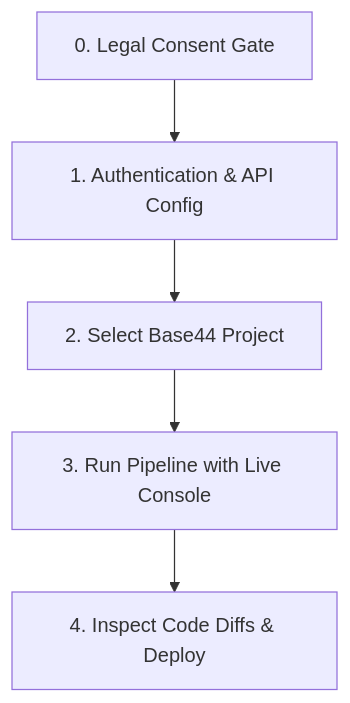
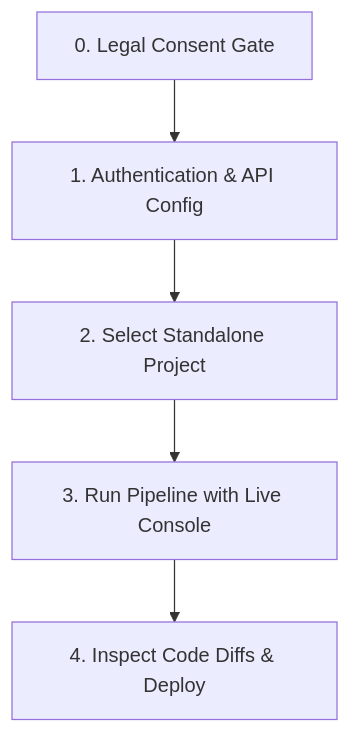
The diagram in INSTALLATION_GUIDE.md (ForestCityCreatorsLLC/LiberateJS), drawn with Mermaid before and after one commit. The commit also changed other lines of this file and 19 other files, not shown here.

````diff
--- a/INSTALLATION_GUIDE.md
+++ b/INSTALLATION_GUIDE.md
@@ -102,7 +102,7 @@
 ```mermaid
 graph TD
     A[0. Legal Consent Gate] --> B[1. Authentication & API Config]
-    B --> C[2. Select Base44 Project]
+    B --> C[2. Select Standalone Project]
     C --> D[3. Run Pipeline with Live Console]
     D --> E[4. Inspect Code Diffs & Deploy]
 ```
````
